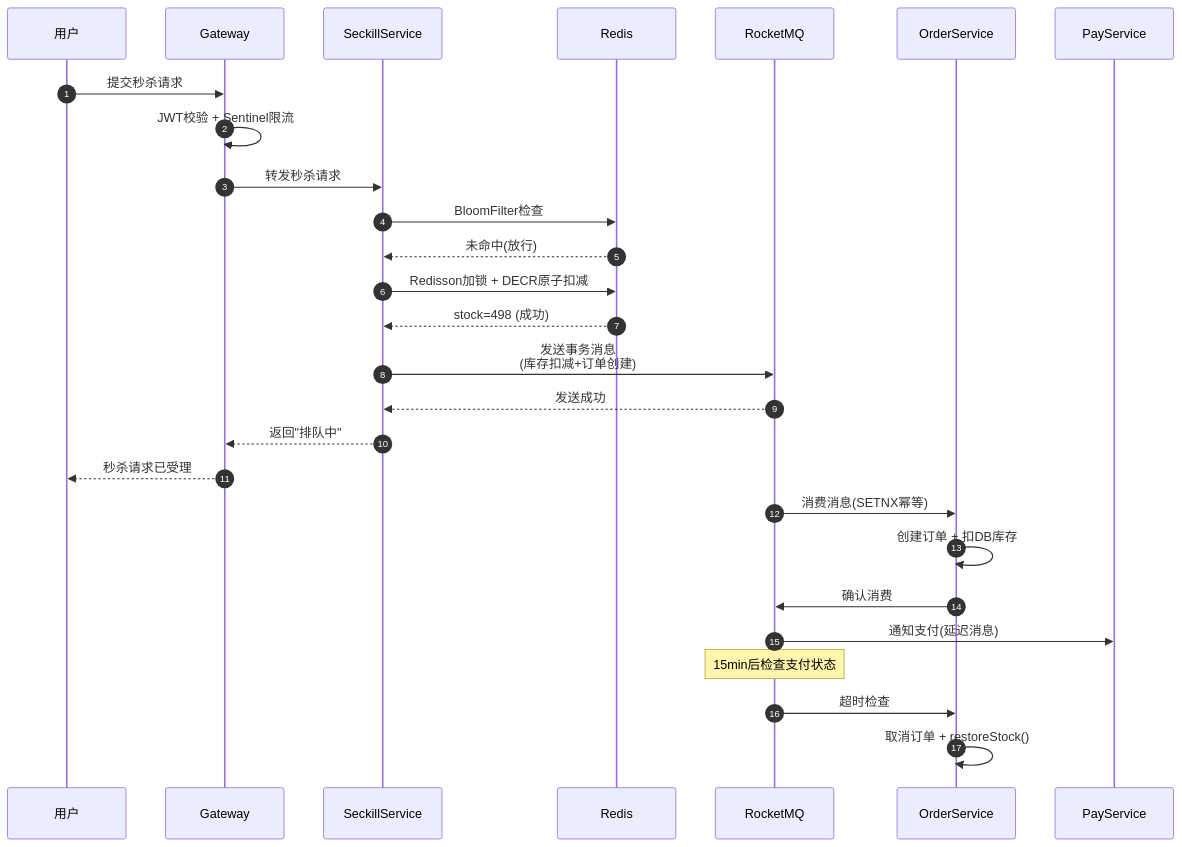
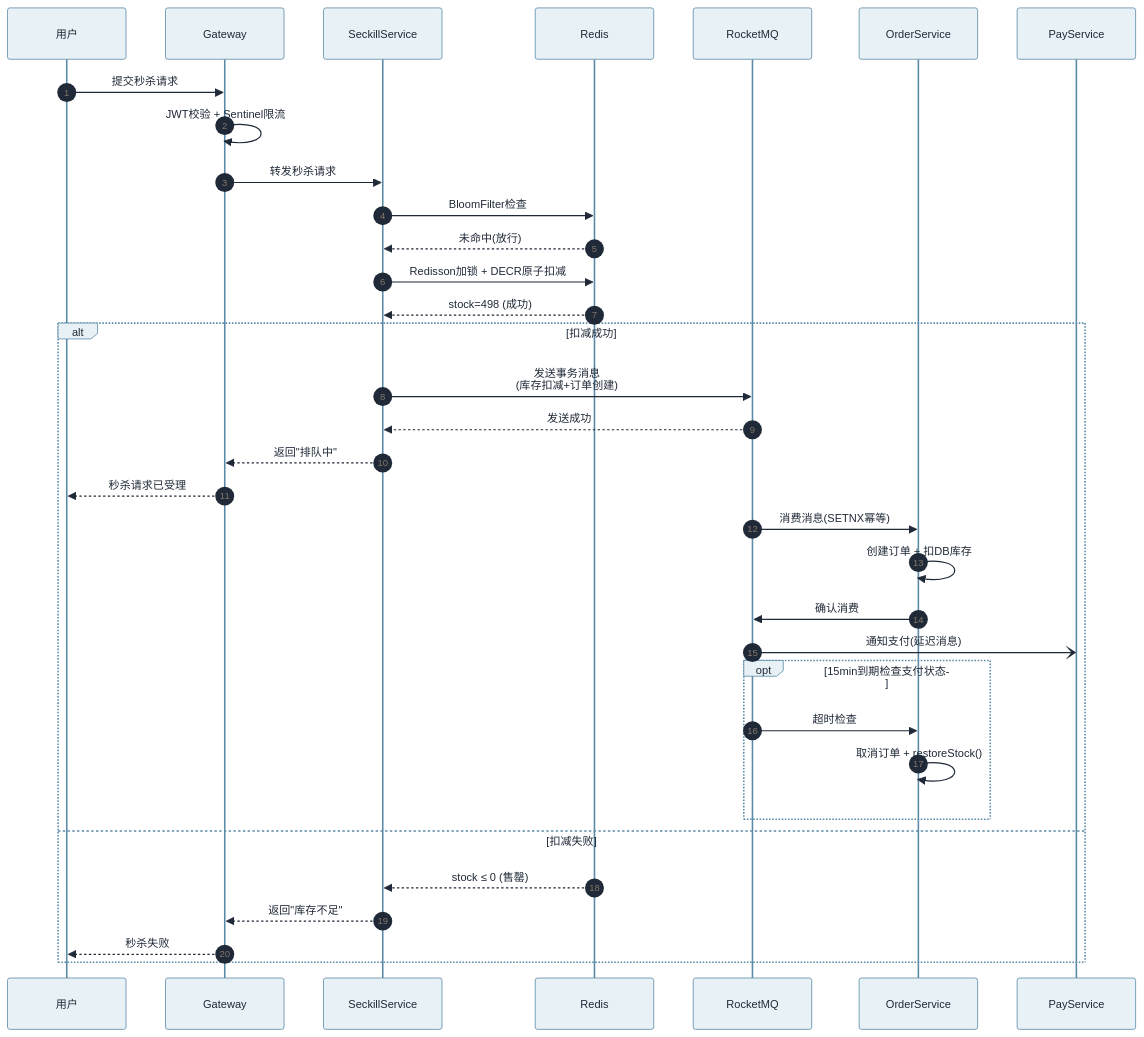
The second of 4 diagrams in 4-interview/projects/mall-micro-cloud/项目速记卡.md (1byteone/interview-note), drawn with Mermaid before and after one commit. The commit also changed other lines of this file and 5 other files, not shown here.

First line of the commit message:
style(mermaid): 统一 Mermaid 专业样式体系与语义规范

````diff
--- a/4-interview/projects/mall-micro-cloud/项目速记卡.md
+++ b/4-interview/projects/mall-micro-cloud/项目速记卡.md
@@ -191,32 +206,41 @@
 ```mermaid
+%%{init: {"theme": "base", "fontFamily": "Arial, Microsoft YaHei, sans-serif", "fontSize": 14, "themeVariables": {"fontFamily": "Arial, Microsoft YaHei, sans-serif", "fontSize": "14px", "primaryColor": "#E8F1F5", "primaryTextColor": "#1F2937", "primaryBorderColor": "#5B8AA8", "lineColor": "#7B8794", "secondaryColor": "#F5EFE7", "tertiaryColor": "#EEF3EE"}}}%%
 sequenceDiagram
     autonumber
     participant U as 用户
     participant GW as Gateway
     participant SK as SeckillService
     participant R as Redis
     participant MQ as RocketMQ
     participant OR as OrderService
     participant PY as PayService
 
     U->>GW: 提交秒杀请求
     GW->>GW: JWT校验 + Sentinel限流
     GW->>SK: 转发秒杀请求
     SK->>R: BloomFilter检查
     R-->>SK: 未命中(放行)
     SK->>R: Redisson加锁 + DECR原子扣减
     R-->>SK: stock=498 (成功)
-    SK->>MQ: 发送事务消息<br/>(库存扣减+订单创建)
-    MQ-->>SK: 发送成功
-    SK-->>GW: 返回"排队中"
-    GW-->>U: 秒杀请求已受理
 
-    MQ->>OR: 消费消息(SETNX幂等)
-    OR->>OR: 创建订单 + 扣DB库存
-    OR->>MQ: 确认消费
-    MQ->>PY: 通知支付(延迟消息)
+    alt 扣减成功
+        SK->>MQ: 发送事务消息<br/>(库存扣减+订单创建)
+        MQ-->>SK: 发送成功
+        SK-->>GW: 返回"排队中"
+        GW-->>U: 秒杀请求已受理
 
-    Note over MQ: 15min后检查支付状态
-    MQ->>OR: 超时检查
-    OR->>OR: 取消订单 + restoreStock()
+        MQ->>OR: 消费消息(SETNX幂等)
+        OR->>OR: 创建订单 + 扣DB库存
+        OR->>MQ: 确认消费
+        MQ-)PY: 通知支付(延迟消息)
+
+        opt 15min到期检查支付状态
+            MQ->>OR: 超时检查
+            OR->>OR: 取消订单 + restoreStock()
+        end
+    else 扣减失败
+        R-->>SK: stock ≤ 0 (售罄)
+        SK-->>GW: 返回"库存不足"
+        GW-->>U: 秒杀失败
+    end
 ```
````
